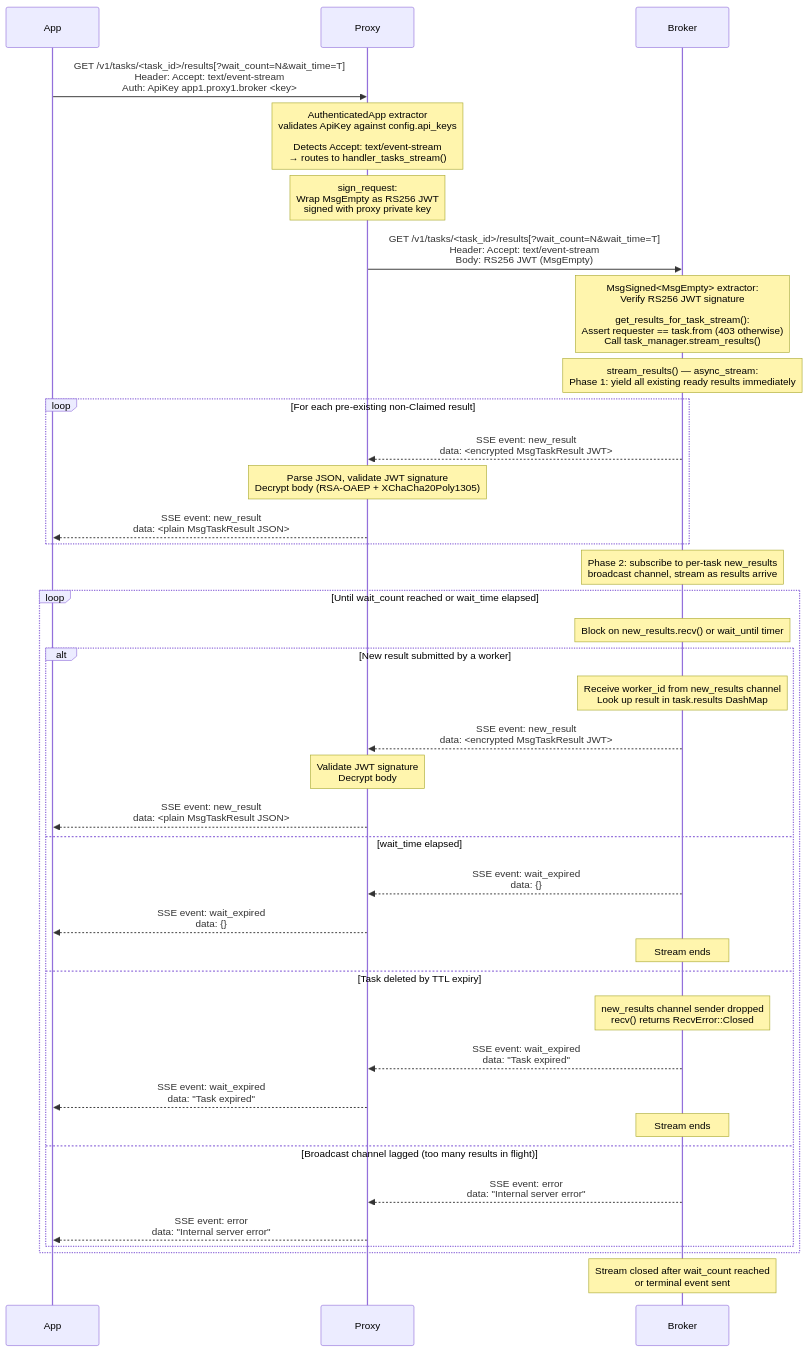
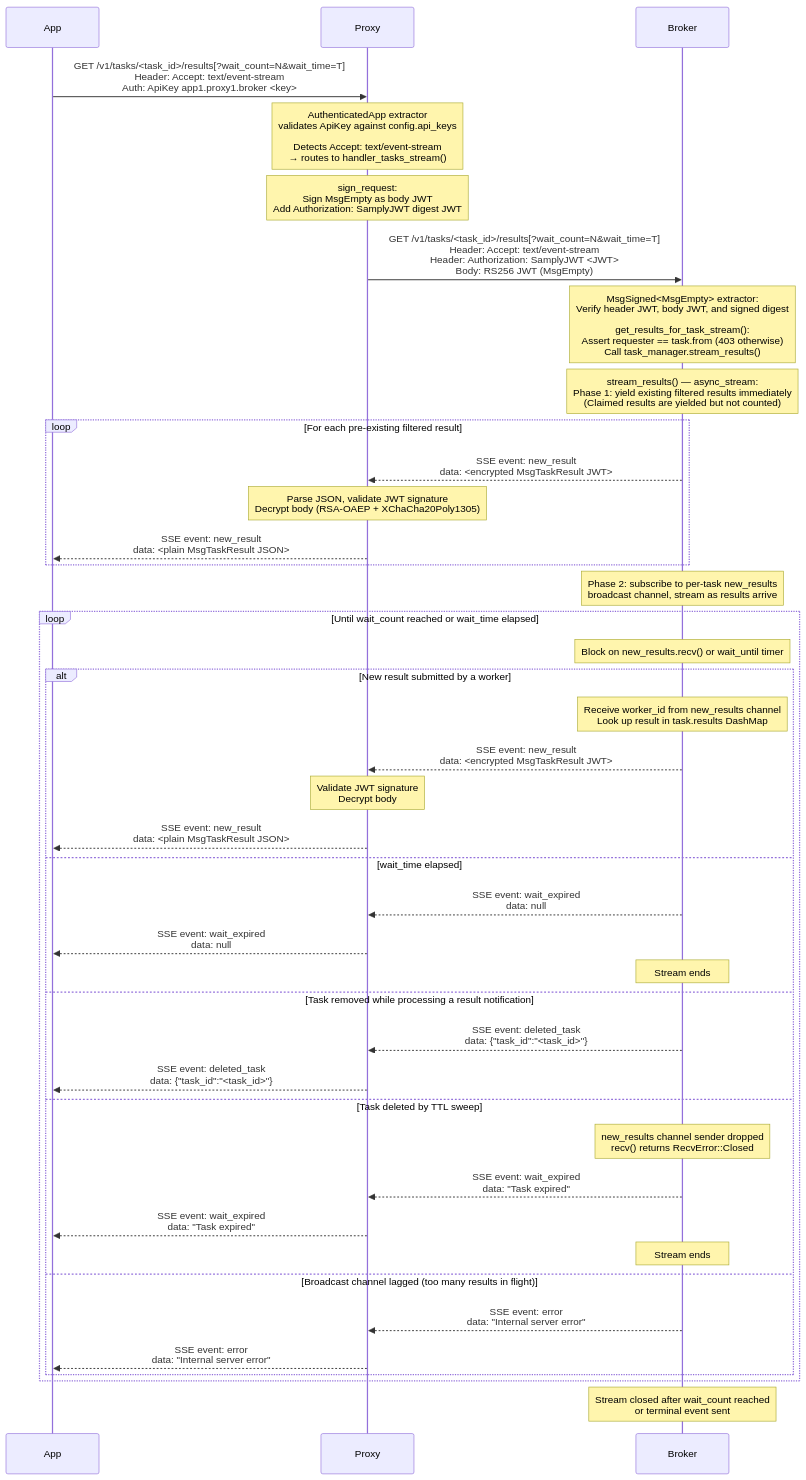
One commit to samply/beam changed the eighth of 12 diagrams in DATAFLOWS.md. Above: the diagram before and after it, drawn with Mermaid. The commit also changed other lines of this file, not shown here.

Commit message:
Updated data flows document

````diff
--- a/DATAFLOWS.md
+++ b/DATAFLOWS.md
@@ -346,54 +361,58 @@
 ```mermaid
 sequenceDiagram
     participant App
     participant Proxy
     participant Broker
 
     App->>Proxy: GET /v1/tasks/<task_id>/results[?wait_count=N&wait_time=T]<br/>Header: Accept: text/event-stream<br/>Auth: ApiKey app1.proxy1.broker <key>
 
     note over Proxy: AuthenticatedApp extractor<br/>validates ApiKey against config.api_keys<br/><br/>Detects Accept: text/event-stream<br/>→ routes to handler_tasks_stream()
 
-    note over Proxy: sign_request:<br/>Wrap MsgEmpty as RS256 JWT<br/>signed with proxy private key
+    note over Proxy: sign_request:<br/>Sign MsgEmpty as body JWT<br/>Add Authorization: SamplyJWT digest JWT
 
-    Proxy->>Broker: GET /v1/tasks/<task_id>/results[?wait_count=N&wait_time=T]<br/>Header: Accept: text/event-stream<br/>Body: RS256 JWT (MsgEmpty)
+    Proxy->>Broker: GET /v1/tasks/<task_id>/results[?wait_count=N&wait_time=T]<br/>Header: Accept: text/event-stream<br/>Header: Authorization: SamplyJWT <JWT><br/>Body: RS256 JWT (MsgEmpty)
 
-    note over Broker: MsgSigned<MsgEmpty> extractor:<br/>Verify RS256 JWT signature<br/><br/>get_results_for_task_stream():<br/>Assert requester == task.from (403 otherwise)<br/>Call task_manager.stream_results()
+    note over Broker: MsgSigned<MsgEmpty> extractor:<br/>Verify header JWT, body JWT, and signed digest<br/><br/>get_results_for_task_stream():<br/>Assert requester == task.from (403 otherwise)<br/>Call task_manager.stream_results()
 
-    note over Broker: stream_results() — async_stream:<br/>Phase 1: yield all existing ready results immediately
+    note over Broker: stream_results() — async_stream:<br/>Phase 1: yield existing filtered results immediately<br/>(Claimed results are yielded but not counted)
 
-    loop For each pre-existing non-Claimed result
+    loop For each pre-existing filtered result
         Broker-->>Proxy: SSE event: new_result<br/>data: <encrypted MsgTaskResult JWT>
         note over Proxy: Parse JSON, validate JWT signature<br/>Decrypt body (RSA-OAEP + XChaCha20Poly1305)
         Proxy-->>App: SSE event: new_result<br/>data: <plain MsgTaskResult JSON>
     end
 
     note over Broker: Phase 2: subscribe to per-task new_results<br/>broadcast channel, stream as results arrive
 
     loop Until wait_count reached or wait_time elapsed
         note over Broker: Block on new_results.recv() or wait_until timer
 
         alt New result submitted by a worker
             note over Broker: Receive worker_id from new_results channel<br/>Look up result in task.results DashMap
             Broker-->>Proxy: SSE event: new_result<br/>data: <encrypted MsgTaskResult JWT>
             note over Proxy: Validate JWT signature<br/>Decrypt body
             Proxy-->>App: SSE event: new_result<br/>data: <plain MsgTaskResult JSON>
 
         else wait_time elapsed
-            Broker-->>Proxy: SSE event: wait_expired<br/>data: {}
-            Proxy-->>App: SSE event: wait_expired<br/>data: {}
+            Broker-->>Proxy: SSE event: wait_expired<br/>data: null
+            Proxy-->>App: SSE event: wait_expired<br/>data: null
             note over Broker: Stream ends
 
-        else Task deleted by TTL expiry
+        else Task removed while processing a result notification
+            Broker-->>Proxy: SSE event: deleted_task<br/>data: {"task_id":"<task_id>"}
+            Proxy-->>App: SSE event: deleted_task<br/>data: {"task_id":"<task_id>"}
+
+        else Task deleted by TTL sweep
             note over Broker: new_results channel sender dropped<br/>recv() returns RecvError::Closed
             Broker-->>Proxy: SSE event: wait_expired<br/>data: "Task expired"
             Proxy-->>App: SSE event: wait_expired<br/>data: "Task expired"
             note over Broker: Stream ends
 
         else Broadcast channel lagged (too many results in flight)
             Broker-->>Proxy: SSE event: error<br/>data: "Internal server error"
             Proxy-->>App: SSE event: error<br/>data: "Internal server error"
         end
     end
 
     note over Broker: Stream closed after wait_count reached<br/>or terminal event sent
 ```
````
